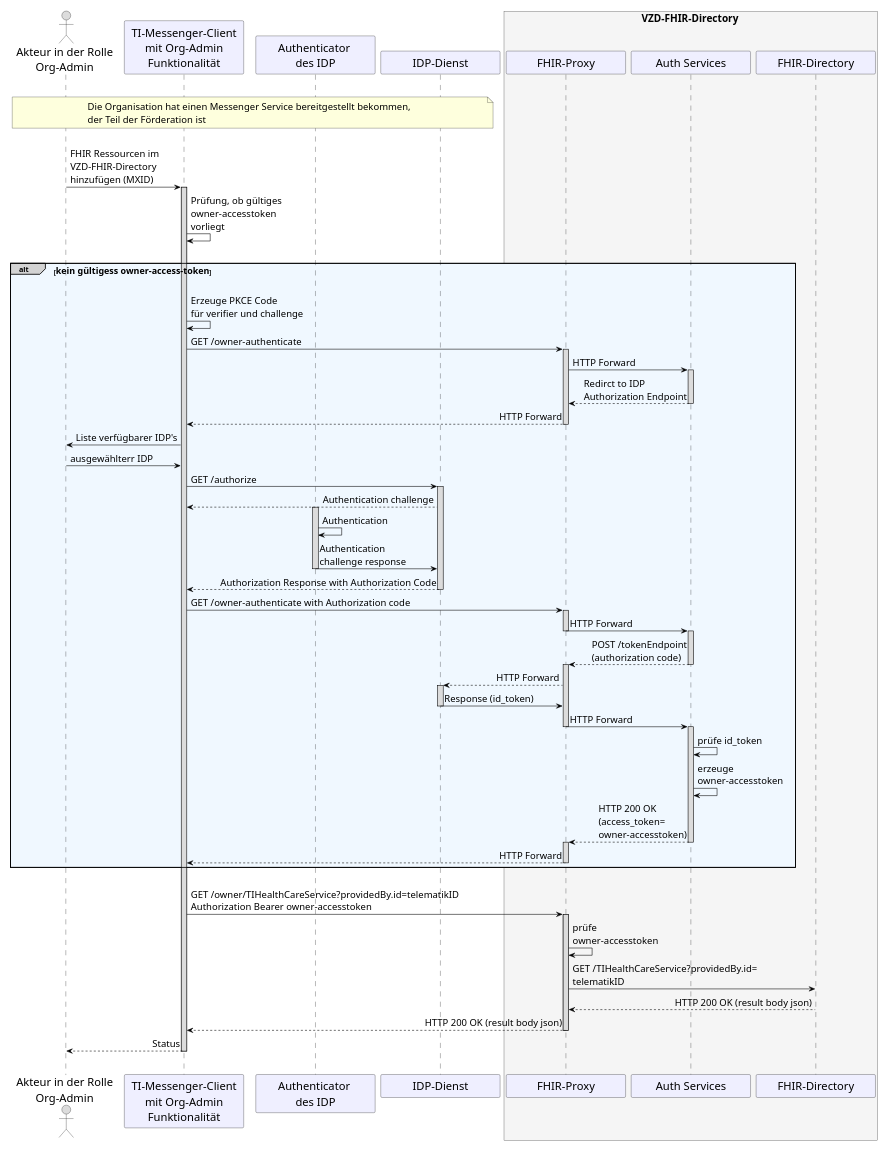
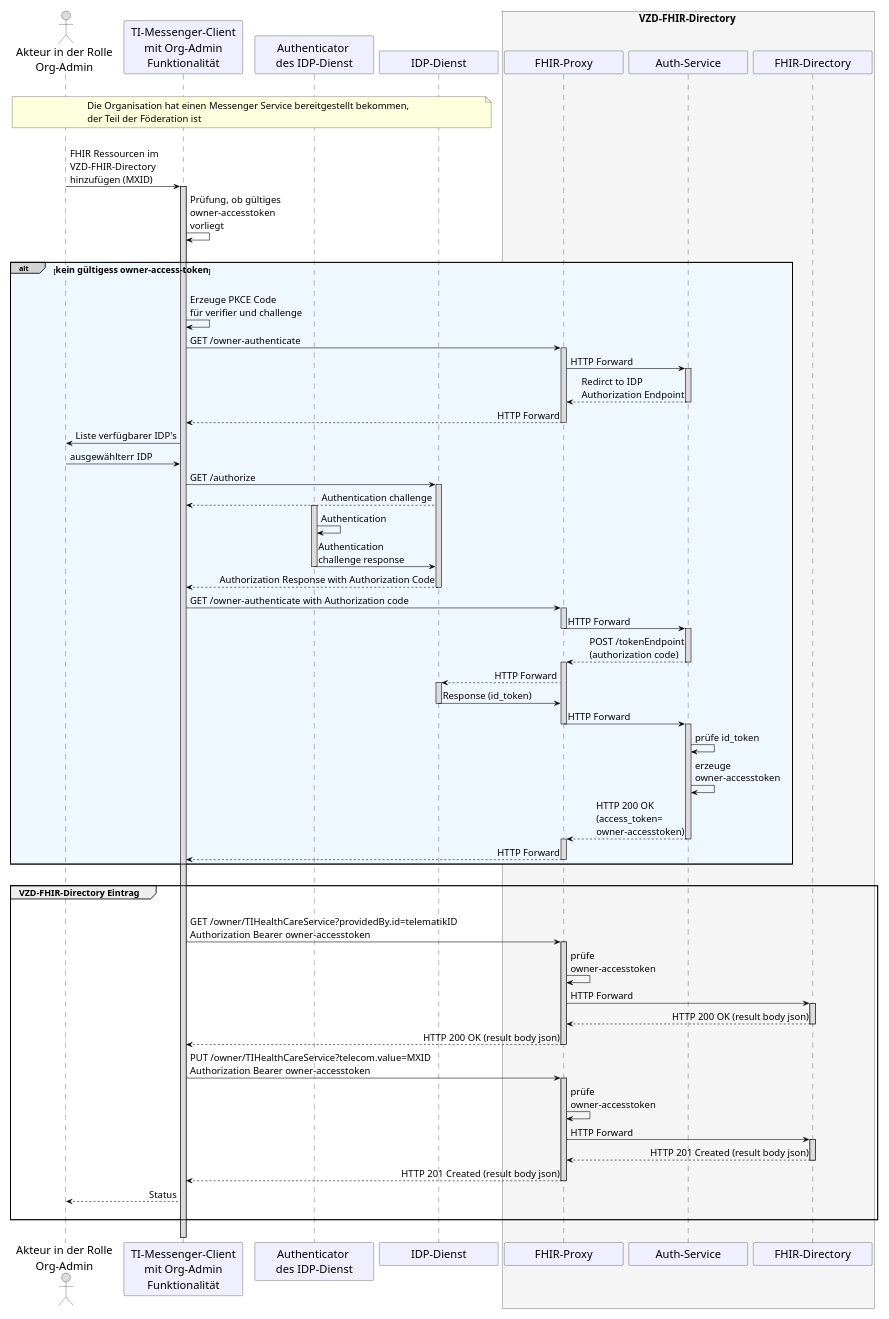
Before and after one commit to gematik/api-ti-messenger: the diagram in src/plantuml/TI-Messenger-Dienst/Ressourcen/UC_10059_Seq.puml, drawn with PlantUML.

```diff
--- a/src/plantuml/TI-Messenger-Dienst/Ressourcen/UC_10059_Seq.puml
+++ b/src/plantuml/TI-Messenger-Dienst/Ressourcen/UC_10059_Seq.puml
@@ -9,111 +9,125 @@
 @startuml
 skinparam sequenceMessageAlign direction
 skinparam minClassWidth 200
 skinparam BoxPadding 1
 skinparam sequenceReferenceHeaderBackgroundColor palegreen
 scale max 850 width
 
 skinparam sequence {
 ArrowColor black
 ArrowFontSize 17
 ActorBorderColor black
 LifeLineBorderColor black
 LifeLineBackgroundColor Gainsboro
 
 ParticipantBorderColor Motivation
 ParticipantBackgroundColor Motivation
 ParticipantFontName Impact
 ParticipantFontSize 20
 ParticipantFontColor black
 ParticipantBorderColor Black
 ParticipantBackgroundColor MOTIVATION
 
 ActorBackgroundColor Gainsboro
 ActorFontColor black
 ActorFontSize 20
 ActorFontName Aapex
 }
     actor U as "Akteur in der Rolle\nOrg-Admin"
     participant C as "TI-Messenger-Client\n mit Org-Admin \nFunktionalität"
-    participant A as "Authenticator \ndes IDP"
+    participant A as "Authenticator \ndes IDP-Dienst"
     participant I as "IDP-Dienst" 
     box <size:18>VZD-FHIR-Directory</size> #WhiteSmoke
       participant FP as "FHIR-Proxy"
-      participant Auth as "Auth Services"
+      participant Auth as "Auth-Service"
       participant VZD as "FHIR-Directory"
     end box
 
 |||
-note over U, I: <size:17>Die Organisation hat einen Messenger Service bereitgestellt bekommen, \n<size:17>der Teil der Förderation ist</size>
+note over U, I: <size:17>Die Organisation hat einen Messenger Service bereitgestellt bekommen, \n<size:17>der Teil der Föderation ist</size>
 |||
 
 U->C: FHIR Ressourcen im \nVZD-FHIR-Directory \nhinzufügen (MXID)
   Activate C
 C->C: Prüfung, ob gültiges \nowner-accesstoken \nvorliegt
 
 |||
 alt#LightGrey #AliceBlue <size:16>kein gültigess owner-access-token</size>
 |||
 
   C->C: Erzeuge PKCE Code \nfür verifier und challenge
   C->FP: GET /owner-authenticate
     Activate FP
   FP->Auth: HTTP Forward
     Activate Auth
   Auth-->FP: Redirct to IDP \nAuthorization Endpoint
     Deactivate Auth
   FP-->C: HTTP Forward
     Deactivate FP
         
   C->U: Liste verfügbarer IDP's
   U->C: ausgewählterr IDP
     
   C->I: GET /authorize
     Activate I
   I-->C: Authentication challenge
     Activate A
   A->A: Authentication
   A->I: Authentication \nchallenge response
     Deactivate A
   I-->C: Authorization Response with Authorization Code
     Deactivate I
           
   C->FP: GET /owner-authenticate with Authorization code
     Activate FP
   FP->Auth: HTTP Forward
     Deactivate FP
     Activate Auth
   Auth-->FP: POST /tokenEndpoint\n(authorization code)
     Deactivate Auth
     Activate FP
   FP-->I: HTTP Forward
     Activate I
   I->FP: Response (id_token)
     Deactivate I
   FP->Auth: HTTP Forward
     Deactivate FP
     Activate Auth
   Auth->Auth: prüfe id_token
   Auth->Auth: erzeuge \nowner-accesstoken
   Auth-->FP: HTTP 200 OK \n(access_token=\nowner-accesstoken)
     Deactivate Auth
     Activate FP
   FP-->C: HTTP Forward
     Deactivate FP
 end
       
 |||
 
-C->FP: GET /owner/TIHealthCareService?providedBy.id=telematikID \nAuthorization Bearer owner-accesstoken
-  Activate FP
-FP->FP: prüfe \nowner-accesstoken
-FP->VZD: GET /TIHealthCareService?providedBy.id=\ntelematikID
-VZD-->FP: HTTP 200 OK (result body json)
-FP-->C: HTTP 200 OK (result body json)
-  Deactivate FP
-C-->U: Status
-    
+group <size:16>VZD-FHIR-Directory Eintrag</size>
+  |||
+  C->FP: GET /owner/TIHealthCareService?providedBy.id=telematikID \nAuthorization Bearer owner-accesstoken
+    Activate FP
+  FP->FP: prüfe \nowner-accesstoken
+  FP->VZD: HTTP Forward
+    Activate VZD
+  VZD-->FP: HTTP 200 OK (result body json)
+    Deactivate VZD
+  FP-->C: HTTP 200 OK (result body json)
+    Deactivate FP
+  C->FP: PUT /owner/TIHealthCareService?telecom.value=MXID \nAuthorization Bearer owner-accesstoken
+    Activate FP
+  FP->FP: prüfe \nowner-accesstoken
+  FP->VZD: HTTP Forward
+    Activate VZD
+  VZD-->FP: HTTP 201 Created (result body json)
+    Deactivate VZD
+  FP-->C: HTTP 201 Created (result body json)
+    Deactivate FP
+  C-->U: Status    
+  |||
+end
 |||
 
   Deactivate C
 @enduml
```
